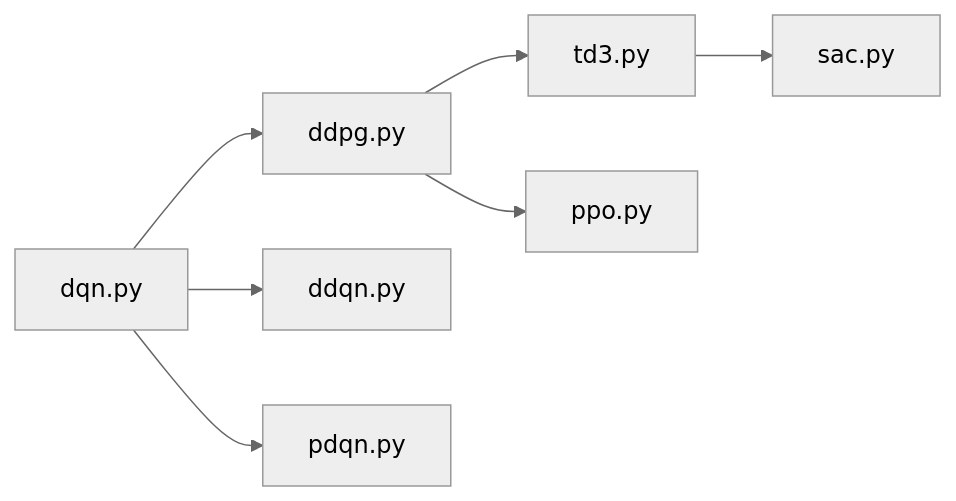
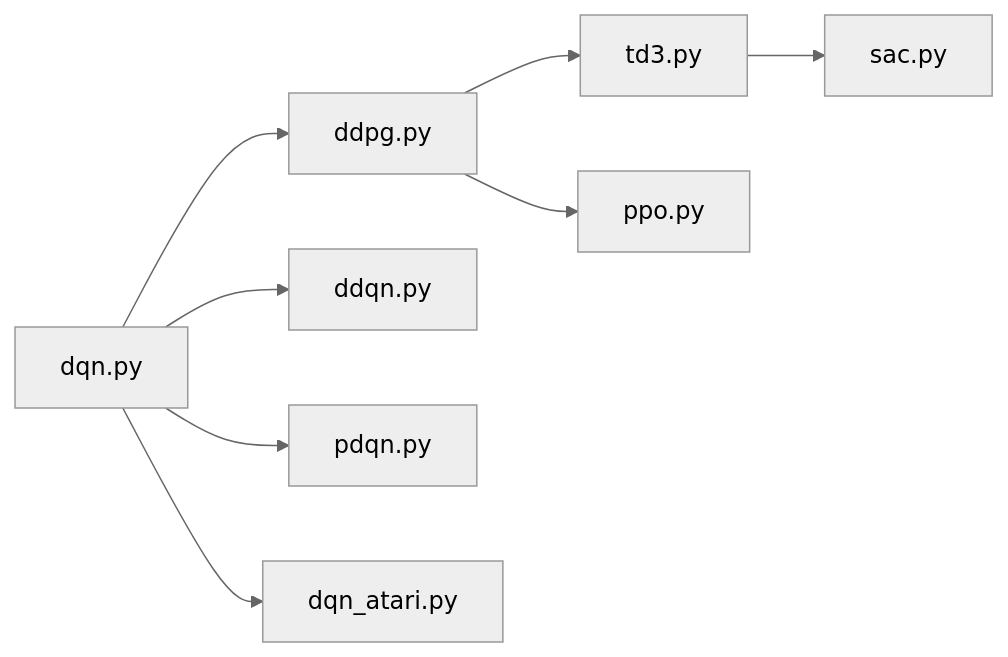
Before and after one commit to sdpkjc/abcdrl: the diagram in docs/features.en.md, drawn with Mermaid (neutral theme). The commit also changed 19 other files, not shown here.

````diff
--- a/docs/features.en.md
+++ b/docs/features.en.md
@@ -12,9 +12,10 @@
     ``` mermaid
     graph LR
     A[dqn.py] -->B[ddpg.py];
     B -->C[td3.py];
     C -->D[sac.py];
     B -->E[ppo.py];
     A -->F[ddqn.py];
     A -->G[pdqn.py];
+    A -->H[dqn_atari.py];
     ```
````
